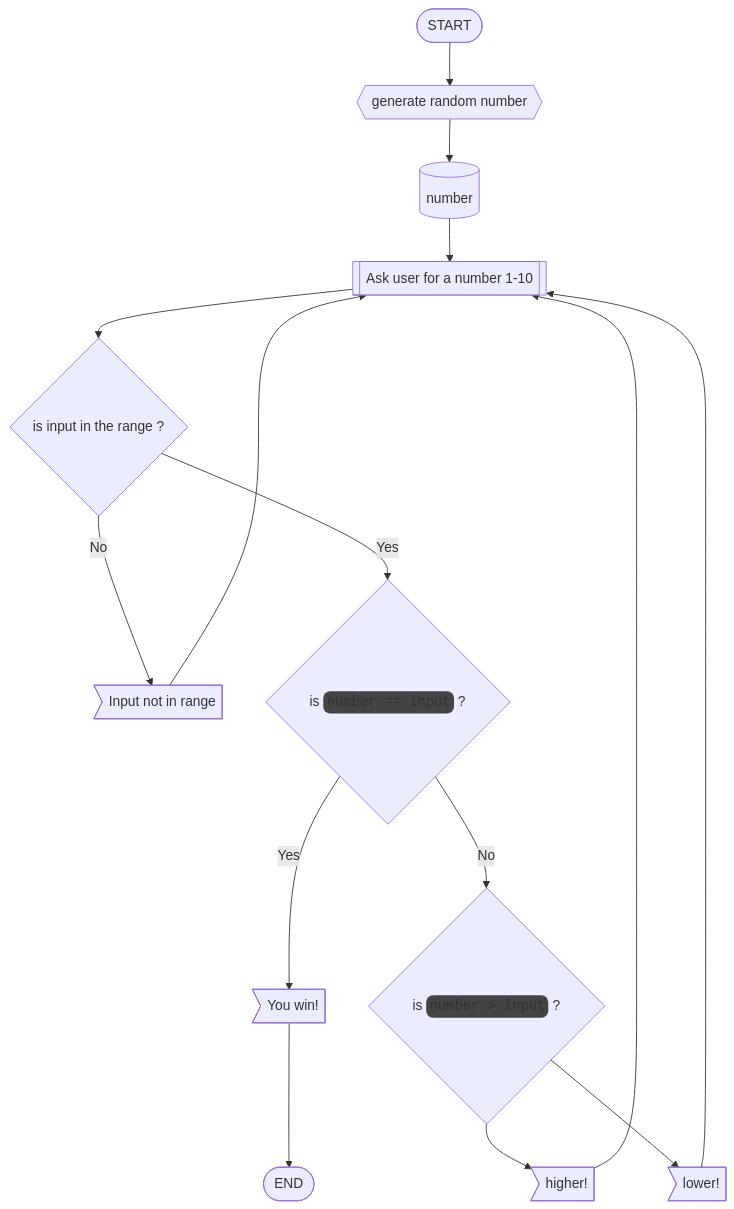
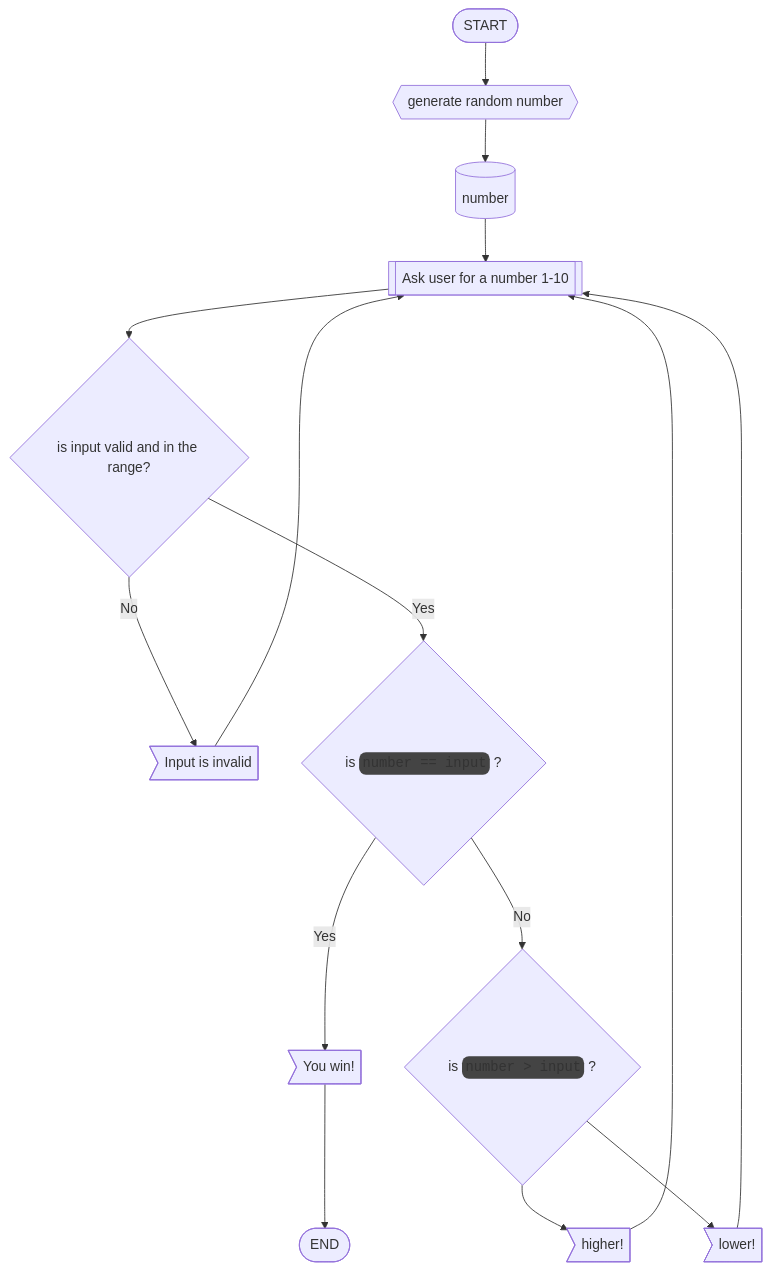
One commit to EvanY-74/evany.github.io changed the diagram in Guessing.md. Above: the diagram before and after it, drawn with Mermaid. The commit also changed other lines of this file, not shown here.

Commit message:
Added Documentation under diagram

````diff
--- a/Guessing.md
+++ b/Guessing.md
@@ -1,21 +1,21 @@
 ``` mermaid
     graph TD;
     start([START])-->generate{{generate random number}}
     generate-->store[("`number`")]
     store-->input[[Ask user for a number 1-10]];
-    input --> validation{is input in the range ?}
-    validation-->|No|errormsg>Input not in range]
+    input --> validation{is input valid and in the range?}
+    validation-->|No|errormsg>Input is invalid]
     errormsg-->input
     validation-->|Yes|equal{"⠀
     is <code style='padding: 4px; border-radius: 8px; background-color: #444444'>number == input</code> ?
     ⠀"}
     equal-->|Yes|successmsg>You win!]
     successmsg-->End([END])
     equal-->|No|highorlow{"⠀
     is <code style='padding: 4px; border-radius: 8px; background-color: #444444'>number > input</code> ?
     ⠀"}
     highorlow-->higher>higher!]
     highorlow-->lower>lower!]
     higher-->input
     lower-->input
 ```
````
